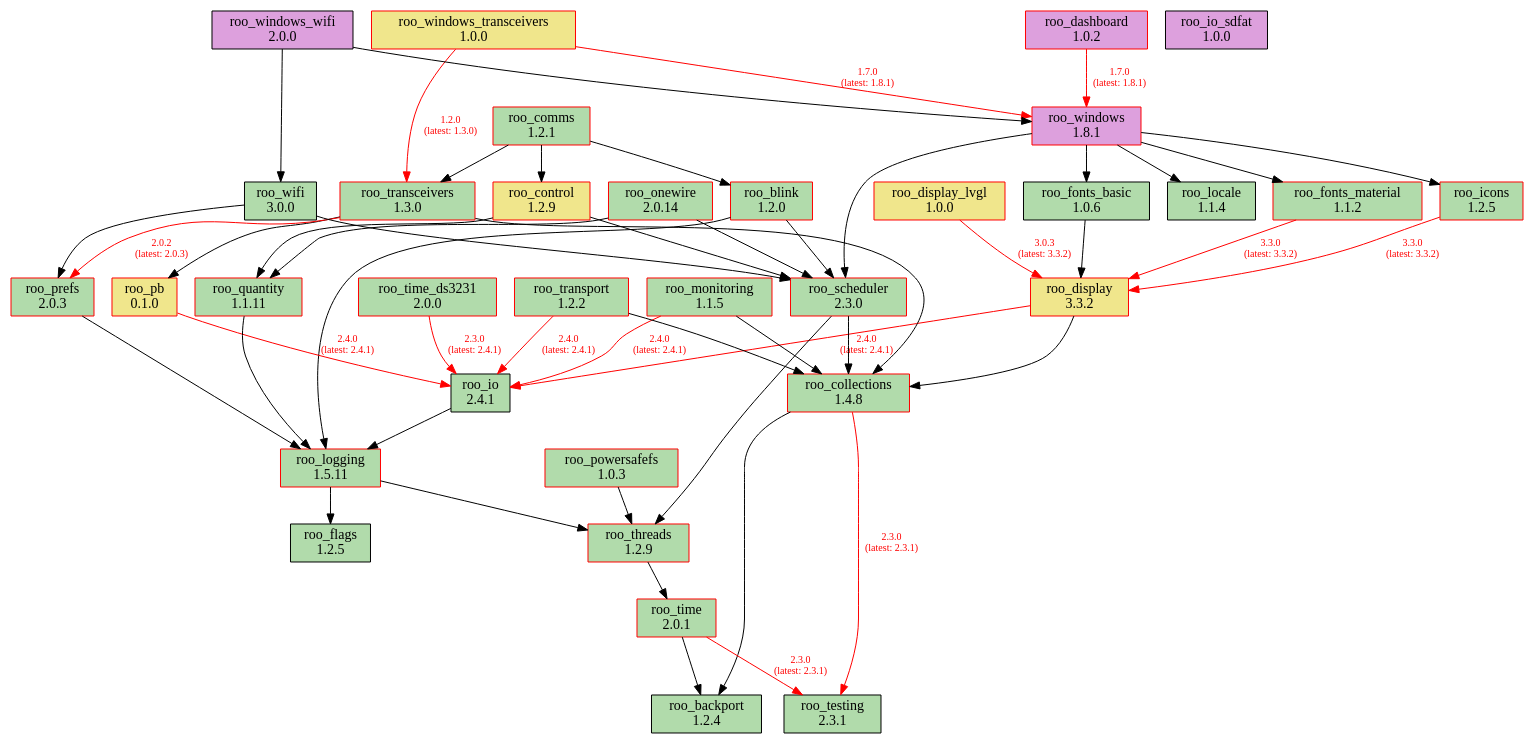
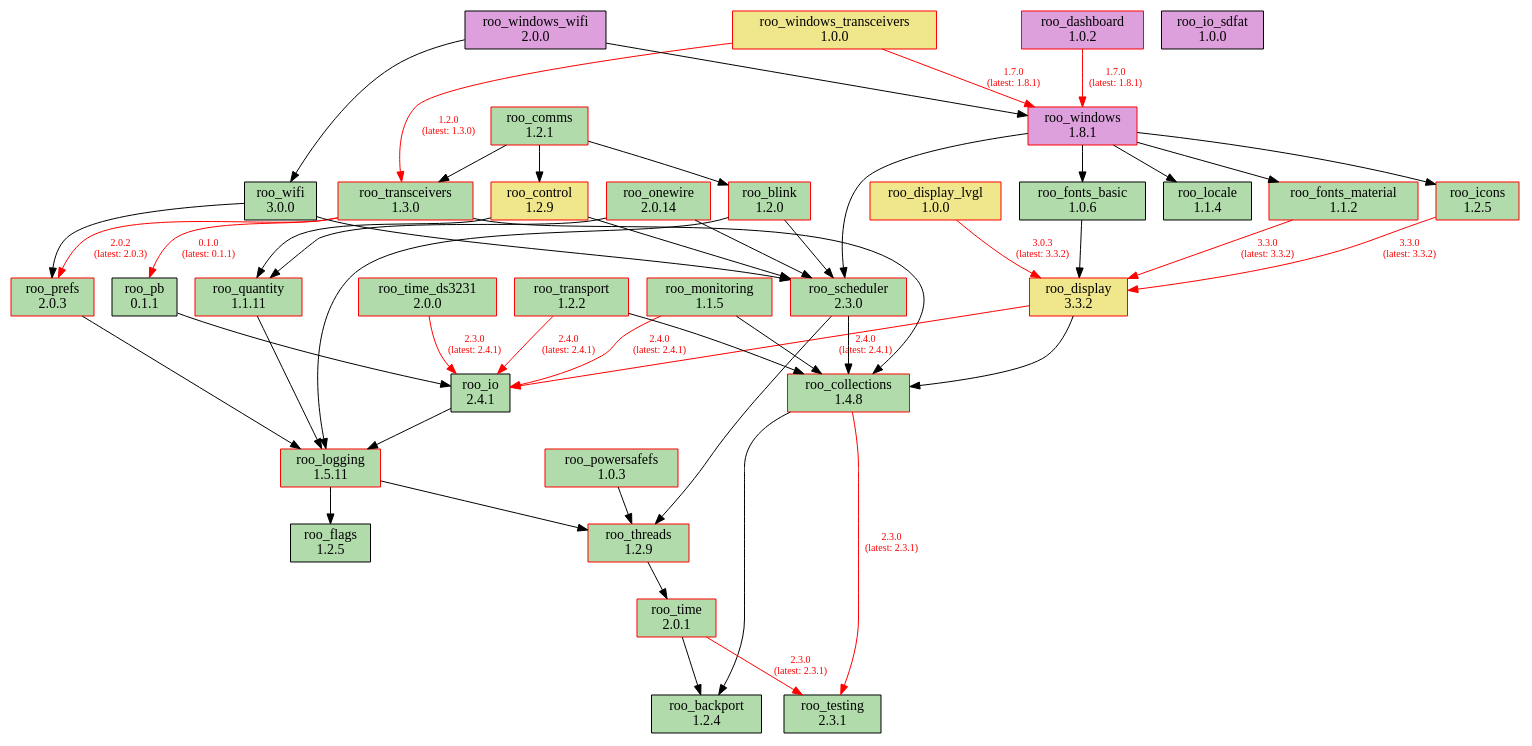
Before and after one commit to dejwk/roo-registry: the diagram in doc/dependencies.dot, drawn with Graphviz. The commit also changed 3 other files, not shown here.

```diff
--- a/doc/dependencies.dot
+++ b/doc/dependencies.dot
@@ -1,91 +1,91 @@
 digraph dependencies {
     rankdir=TB;
     node [shape=box, style=filled];
     edge [fontsize=10];
 
     // Modules
     "roo_backport" [label="roo_backport\n1.2.4", fillcolor="#b1dbab", color="black"];
     "roo_blink" [label="roo_blink\n1.2.0", fillcolor="#b1dbab", color="red"];
     "roo_collections" [label="roo_collections\n1.4.8", fillcolor="#b1dbab", color="red"];
     "roo_comms" [label="roo_comms\n1.2.1", fillcolor="#b1dbab", color="red"];
     "roo_control" [label="roo_control\n1.2.9", fillcolor="khaki", color="red"];
     "roo_dashboard" [label="roo_dashboard\n1.0.2", fillcolor="plum", color="red"];
     "roo_display" [label="roo_display\n3.3.2", fillcolor="khaki", color="red"];
     "roo_display_lvgl" [label="roo_display_lvgl\n1.0.0", fillcolor="khaki", color="red"];
     "roo_flags" [label="roo_flags\n1.2.5", fillcolor="#b1dbab", color="black"];
     "roo_fonts_basic" [label="roo_fonts_basic\n1.0.6", fillcolor="#b1dbab", color="black"];
     "roo_fonts_material" [label="roo_fonts_material\n1.1.2", fillcolor="#b1dbab", color="red"];
     "roo_icons" [label="roo_icons\n1.2.5", fillcolor="#b1dbab", color="red"];
     "roo_io" [label="roo_io\n2.4.1", fillcolor="#b1dbab", color="black"];
     "roo_io_sdfat" [label="roo_io_sdfat\n1.0.0", fillcolor="plum", color="black"];
     "roo_locale" [label="roo_locale\n1.1.4", fillcolor="#b1dbab", color="black"];
     "roo_logging" [label="roo_logging\n1.5.11", fillcolor="#b1dbab", color="red"];
     "roo_monitoring" [label="roo_monitoring\n1.1.5", fillcolor="#b1dbab", color="red"];
     "roo_onewire" [label="roo_onewire\n2.0.14", fillcolor="#b1dbab", color="red"];
-    "roo_pb" [label="roo_pb\n0.1.0", fillcolor="khaki", color="red"];
+    "roo_pb" [label="roo_pb\n0.1.1", fillcolor="#b1dbab", color="black"];
     "roo_powersafefs" [label="roo_powersafefs\n1.0.3", fillcolor="#b1dbab", color="red"];
     "roo_prefs" [label="roo_prefs\n2.0.3", fillcolor="#b1dbab", color="red"];
     "roo_quantity" [label="roo_quantity\n1.1.11", fillcolor="#b1dbab", color="red"];
     "roo_scheduler" [label="roo_scheduler\n2.3.0", fillcolor="#b1dbab", color="red"];
     "roo_testing" [label="roo_testing\n2.3.1", fillcolor="#b1dbab", color="black"];
     "roo_threads" [label="roo_threads\n1.2.9", fillcolor="#b1dbab", color="red"];
     "roo_time" [label="roo_time\n2.0.1", fillcolor="#b1dbab", color="red"];
     "roo_time_ds3231" [label="roo_time_ds3231\n2.0.0", fillcolor="#b1dbab", color="red"];
     "roo_transceivers" [label="roo_transceivers\n1.3.0", fillcolor="#b1dbab", color="red"];
     "roo_transport" [label="roo_transport\n1.2.2", fillcolor="#b1dbab", color="red"];
     "roo_wifi" [label="roo_wifi\n3.0.0", fillcolor="#b1dbab", color="black"];
     "roo_windows" [label="roo_windows\n1.8.1", fillcolor="plum", color="red"];
     "roo_windows_transceivers" [label="roo_windows_transceivers\n1.0.0", fillcolor="khaki", color="red"];
     "roo_windows_wifi" [label="roo_windows_wifi\n2.0.0", fillcolor="plum", color="black"];
 
     // Dependencies
     "roo_blink" -> "roo_logging";
     "roo_blink" -> "roo_scheduler";
     "roo_collections" -> "roo_testing" [color=red, fontcolor=red, label="2.3.0\n(latest: 2.3.1)"];
     "roo_collections" -> "roo_backport";
     "roo_comms" -> "roo_blink";
     "roo_comms" -> "roo_control";
     "roo_comms" -> "roo_transceivers";
     "roo_control" -> "roo_quantity";
     "roo_control" -> "roo_scheduler";
     "roo_dashboard" -> "roo_windows" [color=red, fontcolor=red, label="1.7.0\n(latest: 1.8.1)"];
     "roo_display" -> "roo_collections";
     "roo_display" -> "roo_io" [color=red, fontcolor=red, label="2.4.0\n(latest: 2.4.1)"];
     "roo_display_lvgl" -> "roo_display" [color=red, fontcolor=red, label="3.0.3\n(latest: 3.3.2)"];
     "roo_fonts_basic" -> "roo_display";
     "roo_fonts_material" -> "roo_display" [color=red, fontcolor=red, label="3.3.0\n(latest: 3.3.2)"];
     "roo_icons" -> "roo_display" [color=red, fontcolor=red, label="3.3.0\n(latest: 3.3.2)"];
     "roo_io" -> "roo_logging";
     "roo_logging" -> "roo_flags";
     "roo_logging" -> "roo_threads";
     "roo_monitoring" -> "roo_collections";
     "roo_monitoring" -> "roo_io" [color=red, fontcolor=red, label="2.4.0\n(latest: 2.4.1)"];
     "roo_onewire" -> "roo_scheduler";
     "roo_onewire" -> "roo_quantity";
-    "roo_pb" -> "roo_io" [color=red, fontcolor=red, label="2.4.0\n(latest: 2.4.1)"];
+    "roo_pb" -> "roo_io";
     "roo_powersafefs" -> "roo_threads";
     "roo_prefs" -> "roo_logging";
     "roo_quantity" -> "roo_logging";
     "roo_scheduler" -> "roo_collections";
     "roo_scheduler" -> "roo_threads";
     "roo_threads" -> "roo_time";
     "roo_time" -> "roo_testing" [color=red, fontcolor=red, label="2.3.0\n(latest: 2.3.1)"];
     "roo_time" -> "roo_backport";
     "roo_time_ds3231" -> "roo_io" [color=red, fontcolor=red, label="2.3.0\n(latest: 2.4.1)"];
-    "roo_transceivers" -> "roo_pb";
+    "roo_transceivers" -> "roo_pb" [color=red, fontcolor=red, label="0.1.0\n(latest: 0.1.1)"];
     "roo_transceivers" -> "roo_collections";
     "roo_transceivers" -> "roo_prefs" [color=red, fontcolor=red, label="2.0.2\n(latest: 2.0.3)"];
     "roo_transport" -> "roo_collections";
     "roo_transport" -> "roo_io" [color=red, fontcolor=red, label="2.4.0\n(latest: 2.4.1)"];
     "roo_wifi" -> "roo_prefs";
     "roo_wifi" -> "roo_scheduler";
     "roo_windows" -> "roo_fonts_basic";
     "roo_windows" -> "roo_fonts_material";
     "roo_windows" -> "roo_locale";
     "roo_windows" -> "roo_icons";
     "roo_windows" -> "roo_scheduler";
     "roo_windows_transceivers" -> "roo_transceivers" [color=red, fontcolor=red, label="1.2.0\n(latest: 1.3.0)"];
     "roo_windows_transceivers" -> "roo_windows" [color=red, fontcolor=red, label="1.7.0\n(latest: 1.8.1)"];
     "roo_windows_wifi" -> "roo_wifi";
     "roo_windows_wifi" -> "roo_windows";
 }
```
